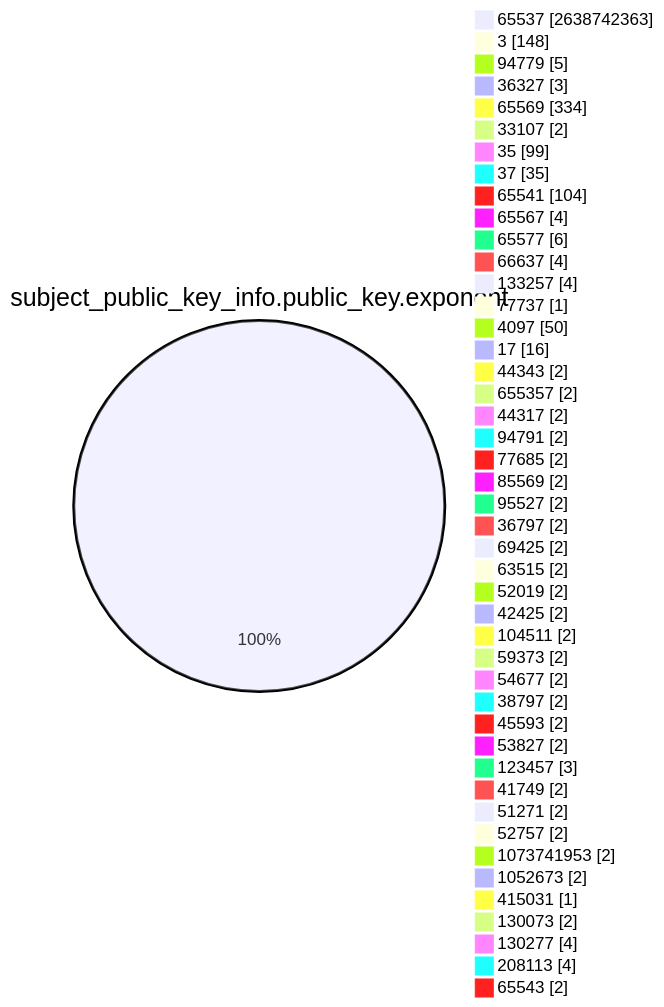
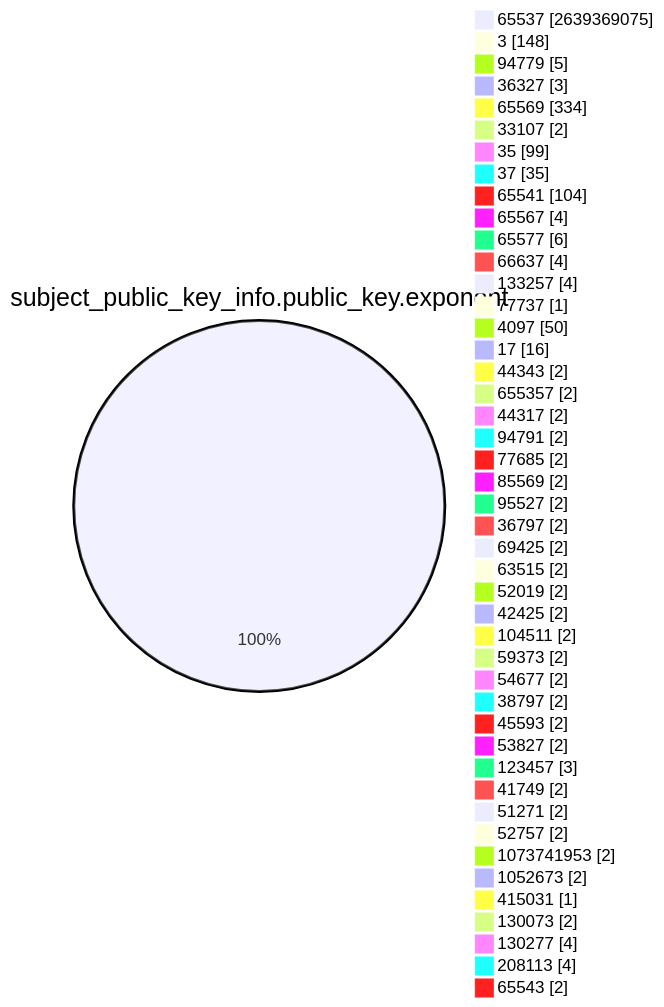
The fourth of 15 diagrams in TOTAL/README.md (christiankrug/ctmonitor_visualization), drawn with Mermaid before and after one commit. The commit also changed other lines of this file, not shown here.

````diff
--- a/TOTAL/README.md
+++ b/TOTAL/README.md
@@ -1466,49 +1466,49 @@
 ```mermaid
 pie showData
 title subject_public_key_info.public_key.exponent
-"65537" :2638742363
+"65537" :2639369075
 "3" :148
 "94779" :5
 "36327" :3
 "65569" :334
 "33107" :2
 "35" :99
 "37" :35
 "65541" :104
 "65567" :4
 "65577" :6
 "66637" :4
 "133257" :4
 "77737" :1
 "4097" :50
 "17" :16
 "44343" :2
 "655357" :2
 "44317" :2
 "94791" :2
 "77685" :2
 "85569" :2
 "95527" :2
 "36797" :2
 "69425" :2
 "63515" :2
 "52019" :2
 "42425" :2
 "104511" :2
 "59373" :2
 "54677" :2
 "38797" :2
 "45593" :2
 "53827" :2
 "123457" :3
 "41749" :2
 "51271" :2
 "52757" :2
 "1073741953" :2
 "1052673" :2
 "415031" :1
 "130073" :2
 "130277" :4
 "208113" :4
 "65543" :2
 ```
````
